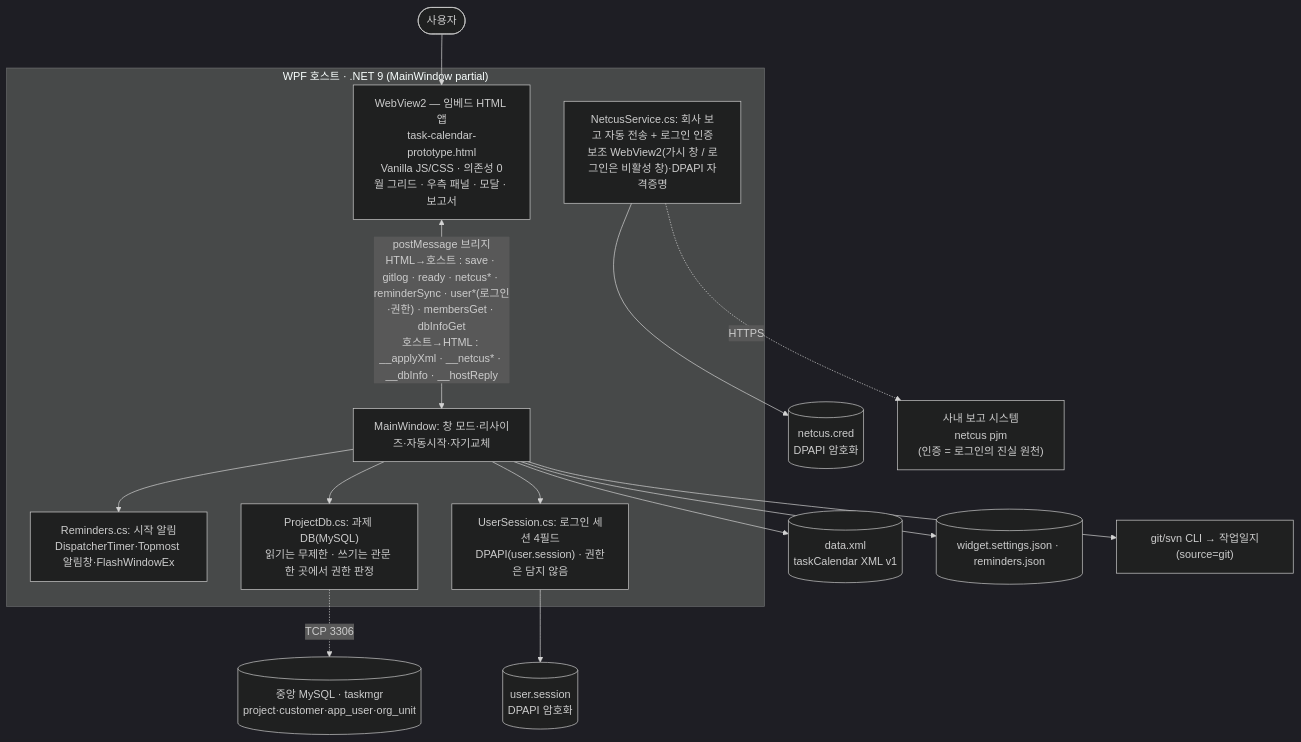
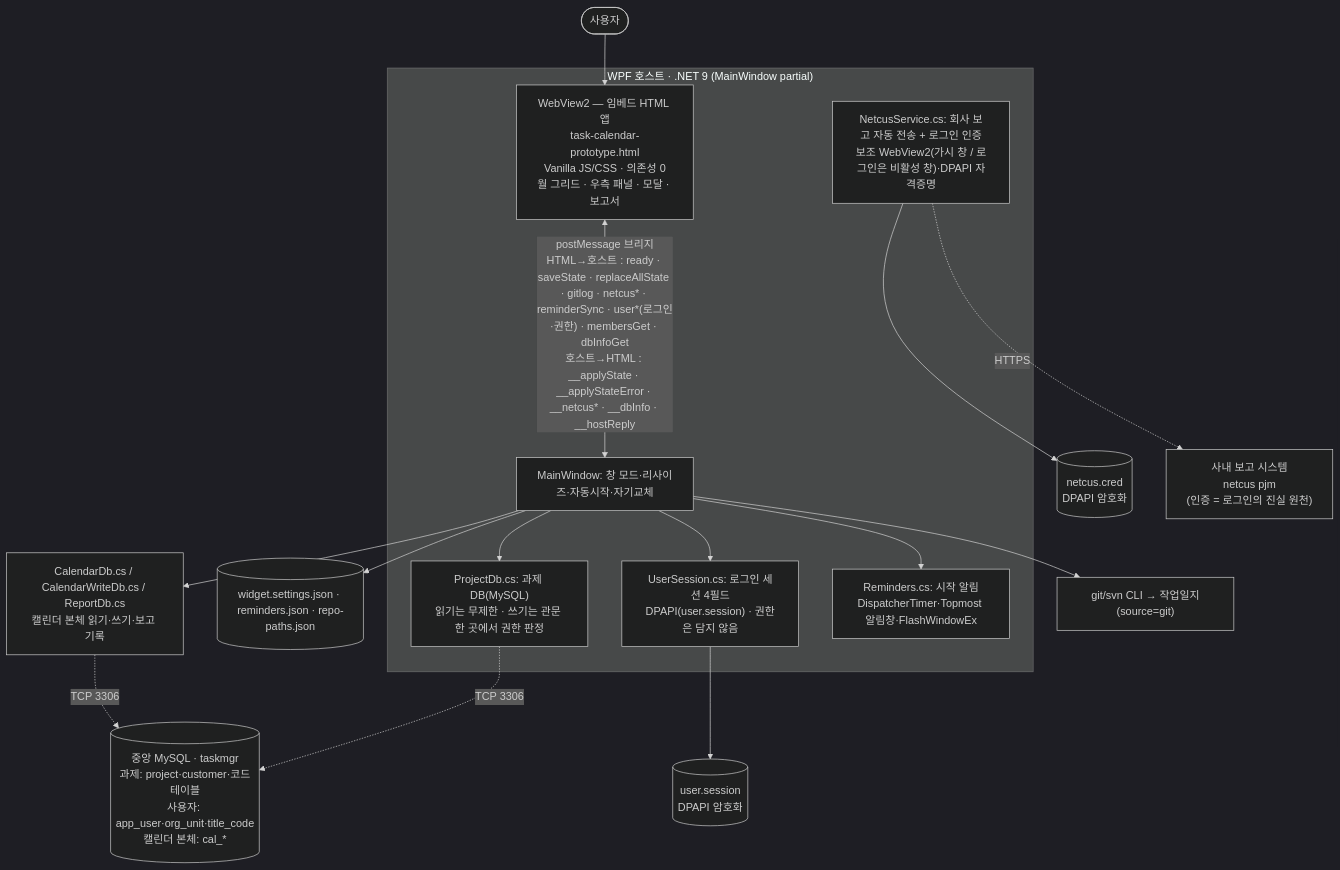
One commit to Peace-Min/task-calendar changed the diagram in README.md. Above: the diagram before and after it, drawn with Mermaid (dark theme). The commit also changed other lines of this file and 15 other files, not shown here.

````diff
--- a/README.md
+++ b/README.md
@@ -165,24 +167,25 @@
 ```mermaid
 flowchart TB
   user(["사용자"])
   subgraph host["WPF 호스트 · .NET 9 (MainWindow partial)"]
     app["WebView2 — 임베드 HTML 앱<br/>task-calendar-prototype.html<br/>Vanilla JS/CSS · 의존성 0<br/>월 그리드 · 우측 패널 · 모달 · 보고서"]
     hostfn["MainWindow: 창 모드·리사이즈·자동시작·자기교체"]
     netcus["NetcusService.cs: 회사 보고 자동 전송 + 로그인 인증<br/>보조 WebView2(가시 창 / 로그인은 비활성 창)·DPAPI 자격증명"]
     rem["Reminders.cs: 시작 알림<br/>DispatcherTimer·Topmost 알림창·FlashWindowEx"]
     db["ProjectDb.cs: 과제 DB(MySQL)<br/>읽기는 무제한 · 쓰기는 관문 한 곳에서 권한 판정"]
     sess["UserSession.cs: 로그인 세션 4필드<br/>DPAPI(user.session) · 권한은 담지 않음"]
   end
   user --> app
-  app <-->|"postMessage 브리지<br/>HTML→호스트 : save · gitlog · ready · netcus* · reminderSync · user*(로그인·권한) · membersGet · dbInfoGet<br/>호스트→HTML : __applyXml · __netcus* · __dbInfo · __hostReply"| hostfn
-  hostfn --> xml[("data.xml<br/>taskCalendar XML v1")]
-  hostfn --> cfg[("widget.settings.json · reminders.json")]
+  app <-->|"postMessage 브리지<br/>HTML→호스트 : ready · saveState · replaceAllState · gitlog · netcus* · reminderSync · user*(로그인·권한) · membersGet · dbInfoGet<br/>호스트→HTML : __applyState · __applyStateError · __netcus* · __dbInfo · __hostReply"| hostfn
+  hostfn --> caldb["CalendarDb.cs / CalendarWriteDb.cs / ReportDb.cs<br/>캘린더 본체 읽기·쓰기·보고 기록"]
+  hostfn --> cfg[("widget.settings.json · reminders.json · repo-paths.json")]
   netcus --> cred[("netcus.cred<br/>DPAPI 암호화")]
   netcus -.HTTPS.-> pjm["사내 보고 시스템<br/>netcus pjm<br/>(인증 = 로그인의 진실 원천)"]
   sess --> ses[("user.session<br/>DPAPI 암호화")]
   hostfn --> db
   hostfn --> sess
   hostfn --> rem
-  db -.TCP 3306.-> mysql[("중앙 MySQL · taskmgr<br/>project·customer·app_user·org_unit")]
+  db -.TCP 3306.-> mysql[("중앙 MySQL · taskmgr<br/>과제: project·customer·코드테이블<br/>사용자: app_user·org_unit·title_code<br/>캘린더 본체: cal_*")]
+  caldb -.TCP 3306.-> mysql
   hostfn --> git["git/svn CLI → 작업일지(source=git)"]
 ```
````
